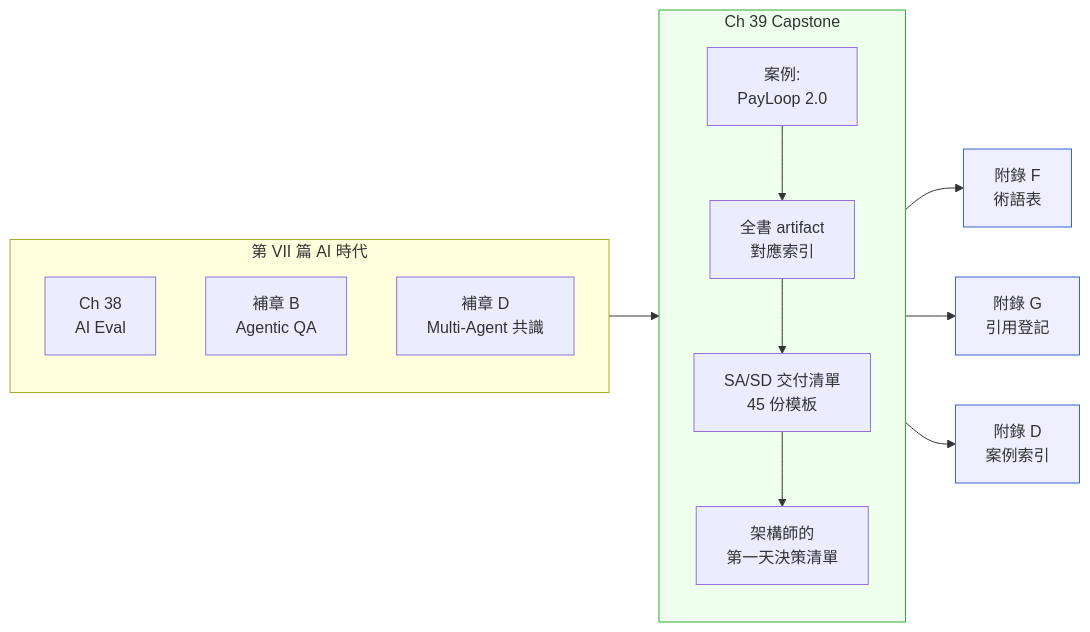
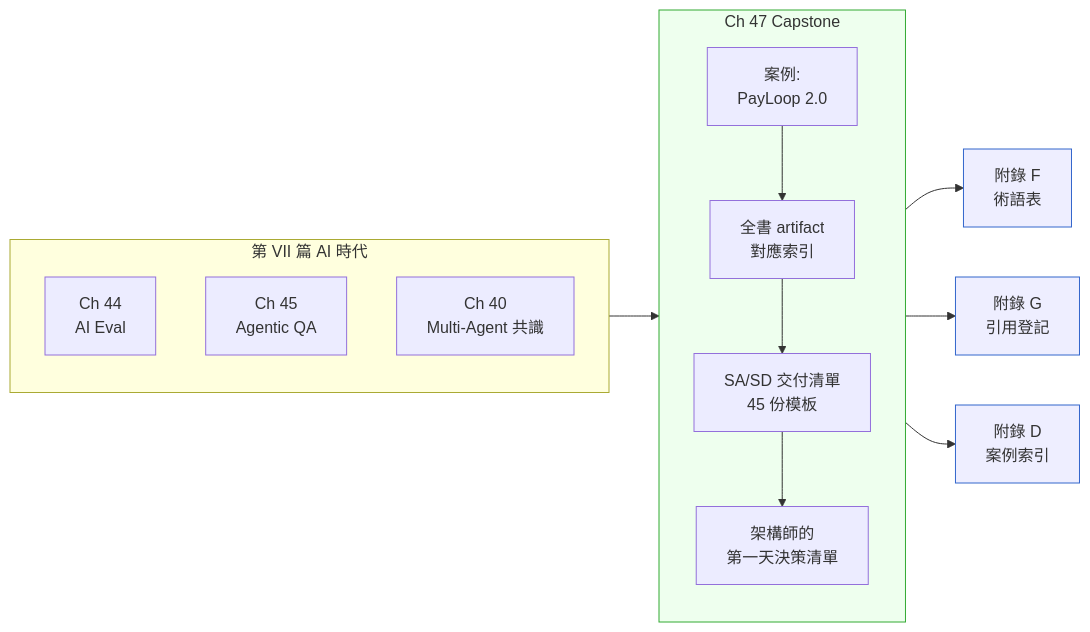
Before and after one commit to EddyKuo/sa-sd-playbook: the diagram in book/part-08-synthesis/00-overview.md, drawn with Mermaid. The commit also changed other lines of this file and 77 other files, not shown here.

````diff
--- a/book/part-08-synthesis/00-overview.md
+++ b/book/part-08-synthesis/00-overview.md
@@ -26,26 +26,26 @@
 ```mermaid
 flowchart LR
     subgraph VII[第 VII 篇 AI 時代]
-        CH38[Ch 38<br/>AI Eval]
-        CHB[補章 B<br/>Agentic QA]
-        CHD[補章 D<br/>Multi-Agent 共識]
+        CH38[Ch 44<br/>AI Eval]
+        CHB[Ch 45<br/>Agentic QA]
+        CHD[Ch 40<br/>Multi-Agent 共識]
     end
 
     VII --> CH39
 
-    subgraph CH39[Ch 39 Capstone]
+    subgraph CH39[Ch 47 Capstone]
         direction TB
         P1[案例:<br/>PayLoop 2.0] --> P2[全書 artifact<br/>對應索引]
         P2 --> P3[SA/SD 交付清單<br/>45 份模板]
         P3 --> P4[架構師的<br/>第一天決策清單]
     end
 
     CH39 --> AnnexF[附錄 F<br/>術語表]
     CH39 --> AnnexG[附錄 G<br/>引用登記]
     CH39 --> AnnexD[附錄 D<br/>案例索引]
 
     classDef cold fill:#eef,stroke:#36c
     classDef goal fill:#efe,stroke:#3a3
     class CH39 goal
     class AnnexF,AnnexG,AnnexD cold
 ```
````
